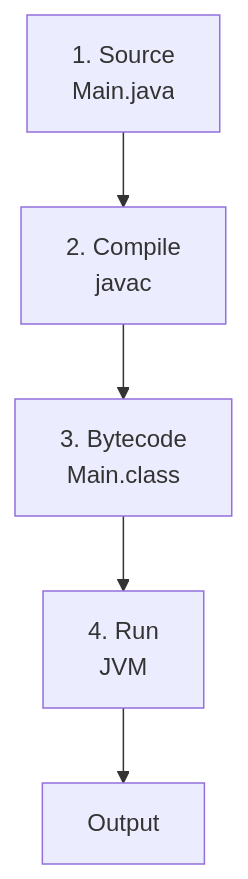
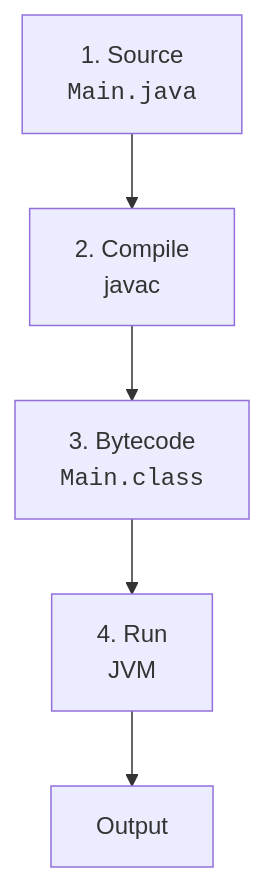
The first of 3 diagrams in content/learn/java-programming-for-beginners/how-programs-execute.mdx (dataslope/dataslope), drawn with Mermaid before and after one commit. The commit also changed 100 other files, not shown here.

First line of the commit message:
Wrap more code in diagram labels: filenames, hex, assignments, subgraph titles

````diff
--- a/content/learn/java-programming-for-beginners/how-programs-execute.mdx
+++ b/content/learn/java-programming-for-beginners/how-programs-execute.mdx
@@ -13,7 +13,7 @@
 ```mermaid
 flowchart TD
-    A[1. Source<br/>Main.java] --> B[2. Compile<br/>javac]
-    B --> C[3. Bytecode<br/>Main.class]
+    A["1. Source<br/><code>Main.java</code>"] --> B[2. Compile<br/>javac]
+    B --> C["3. Bytecode<br/><code>Main.class</code>"]
     C --> D[4. Run<br/>JVM]
     D --> E[Output]
 ```
````
